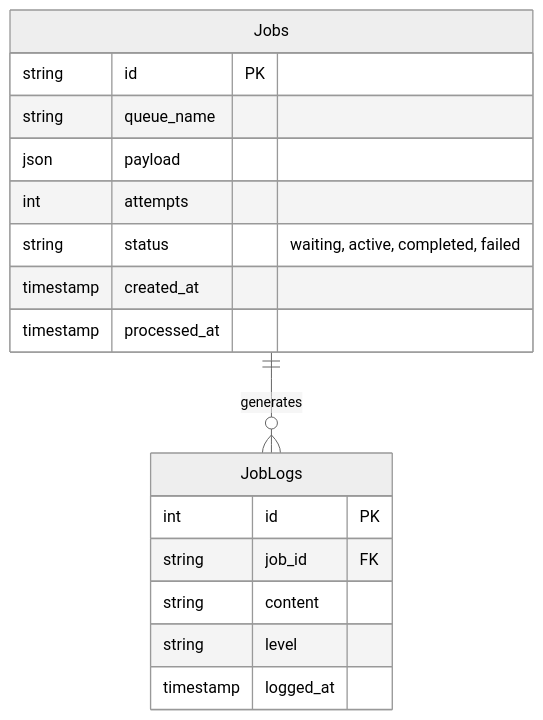
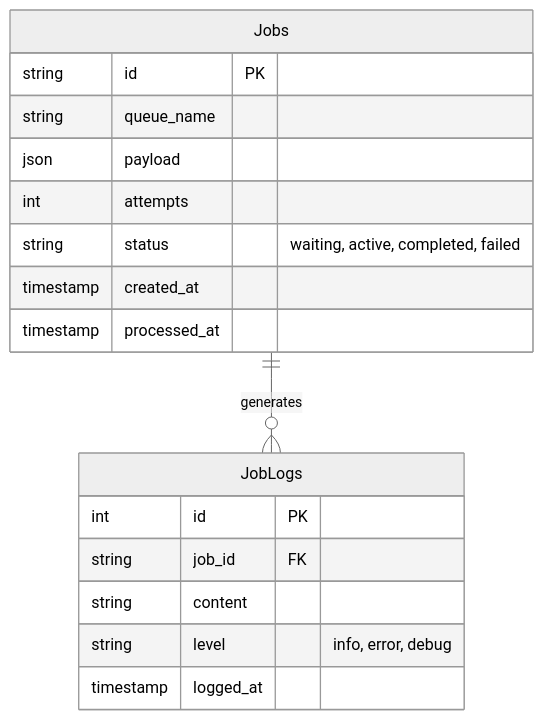
Before and after one commit to vheins/vibe-coding-template: the second of 2 diagrams in .agent/documents/application/modules/background-jobs/job-processing.md, drawn with Mermaid (neutral theme). The commit also changed other lines of this file and 9 other files, not shown here.

````diff
--- a/.agent/documents/application/modules/background-jobs/job-processing.md
+++ b/.agent/documents/application/modules/background-jobs/job-processing.md
@@ -94,22 +91,22 @@
 ```mermaid
 erDiagram
     Jobs {
         string id PK
         string queue_name
         json payload
         int attempts
         string status "waiting, active, completed, failed"
         timestamp created_at
         timestamp processed_at
     }
 
     JobLogs {
         int id PK
         string job_id FK
         string content
-        string level
+        string level "info, error, debug"
         timestamp logged_at
     }
 
     Jobs ||--o{ JobLogs : "generates"
 ```
````
